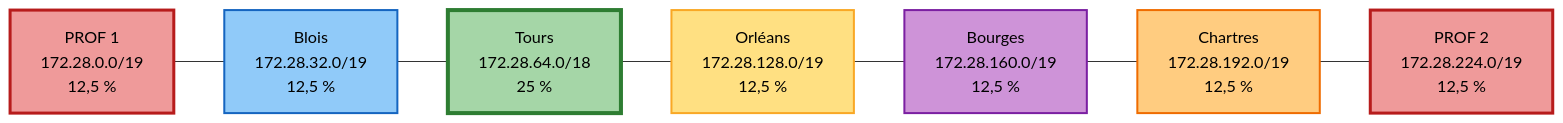
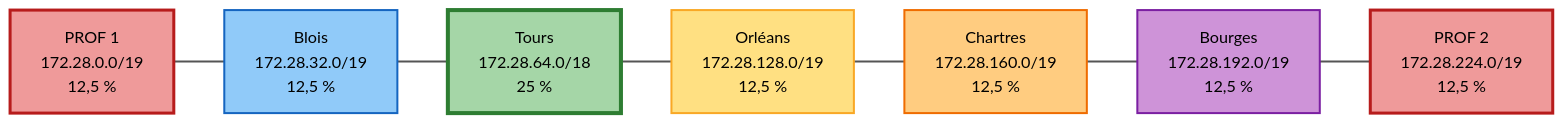
The second of 2 diagrams in docs/01-infrastructure/07-adressage-sites-2027.md (lmeryFulbert/SportLudique2026-2027), drawn with Mermaid before and after one commit. The commit also changed other lines of this file, not shown here.

Commit message:
inversion chartres-bourges

````diff
--- a/docs/01-infrastructure/07-adressage-sites-2027.md
+++ b/docs/01-infrastructure/07-adressage-sites-2027.md
@@ -104,25 +111,27 @@
 ```mermaid
 flowchart LR
     A["PROF 1<br/>172.28.0.0/19<br/>12,5 %"]
     B["Blois<br/>172.28.32.0/19<br/>12,5 %"]
     C["Tours<br/>172.28.64.0/18<br/>25 %"]
     D["Orléans<br/>172.28.128.0/19<br/>12,5 %"]
-    E["Bourges<br/>172.28.160.0/19<br/>12,5 %"]
-    F["Chartres<br/>172.28.192.0/19<br/>12,5 %"]
+    E["Chartres<br/>172.28.160.0/19<br/>12,5 %"]
+    F["Bourges<br/>172.28.192.0/19<br/>12,5 %"]
     G["PROF 2<br/>172.28.224.0/19<br/>12,5 %"]
 
     A --- B
     B --- C
     C --- D
     D --- E
     E --- F
     F --- G
 
-    style A fill:#ef9a9a,stroke:#b71c1c,stroke-width:3px,color:#000
-    style B fill:#90caf9,stroke:#1565c0,stroke-width:2px,color:#000
-    style C fill:#a5d6a7,stroke:#2e7d32,stroke-width:4px,color:#000
-    style D fill:#ffe082,stroke:#f9a825,stroke-width:2px,color:#000
-    style E fill:#ce93d8,stroke:#7b1fa2,stroke-width:2px,color:#000
-    style F fill:#ffcc80,stroke:#ef6c00,stroke-width:2px,color:#000
-    style G fill:#ef9a9a,stroke:#b71c1c,stroke-width:3px,color:#000
+    style A fill:#ef9a9a,stroke:#b71c1c,stroke-width:3px,color:#000000
+    style B fill:#90caf9,stroke:#1565c0,stroke-width:2px,color:#000000
+    style C fill:#a5d6a7,stroke:#2e7d32,stroke-width:4px,color:#000000
+    style D fill:#ffe082,stroke:#f9a825,stroke-width:2px,color:#000000
+    style E fill:#ffcc80,stroke:#ef6c00,stroke-width:2px,color:#000000
+    style F fill:#ce93d8,stroke:#7b1fa2,stroke-width:2px,color:#000000
+    style G fill:#ef9a9a,stroke:#b71c1c,stroke-width:3px,color:#000000
+
+    linkStyle default stroke:#555555,stroke-width:2px
 ```
````
